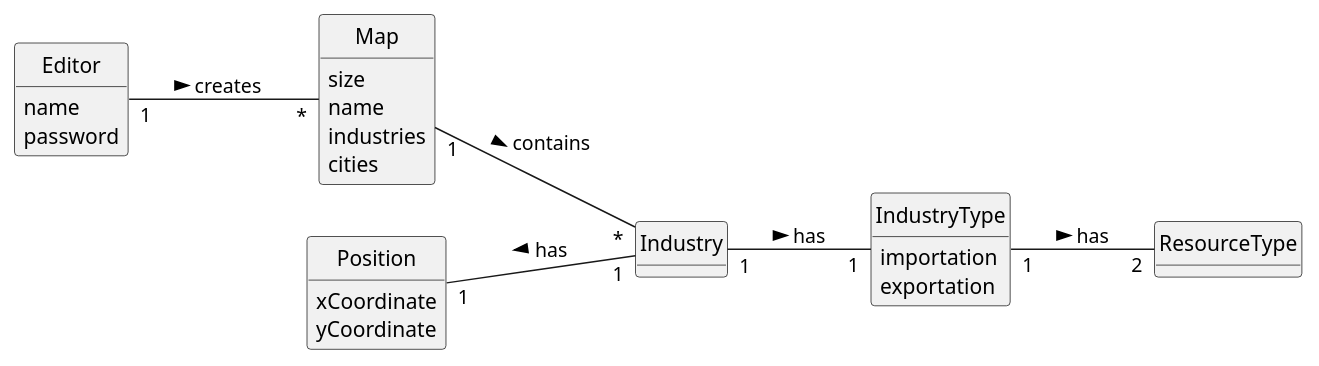
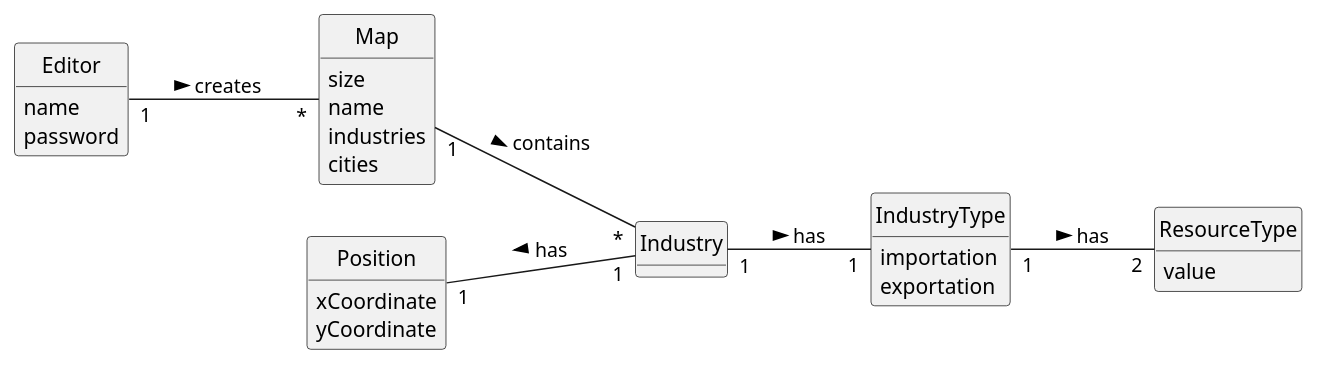
Before and after one commit to 1240935/pi2-railway-simulator: the diagram in Sprint2/US002/02.analysis/puml/US002-DM.puml, drawn with PlantUML. The commit also changed 20 other files, not shown here.

```diff
--- a/Sprint2/US002/02.analysis/puml/US002-DM.puml
+++ b/Sprint2/US002/02.analysis/puml/US002-DM.puml
@@ -1,48 +1,48 @@
 @startuml
 skinparam monochrome true
 skinparam packageStyle rectangle
 skinparam shadowing false
 'skinparam linetype ortho
 'left to right direction
 skinparam classAttributeIconSize 0
 hide circle
 hide methods
 
 left to right direction
 
 class Editor {
     name
     password
 }
 
 class Map {
     size
     name
     industries
     cities
 }
 
 class Industry {
 }
 
 class IndustryType{
     importation
     exportation
 }
 
 class Position{
     xCoordinate
     yCoordinate
 }
 
 class ResourceType{
-
+    value
 }
 
 Editor "1" -- "*" Map: creates >
 Map "1" -- "*" Industry: contains >
 Position "1" -- "1" Industry: has <
 Industry "1" -- "1" IndustryType: has >
 IndustryType "1" -- "2" ResourceType : has >
 
 @enduml
```
